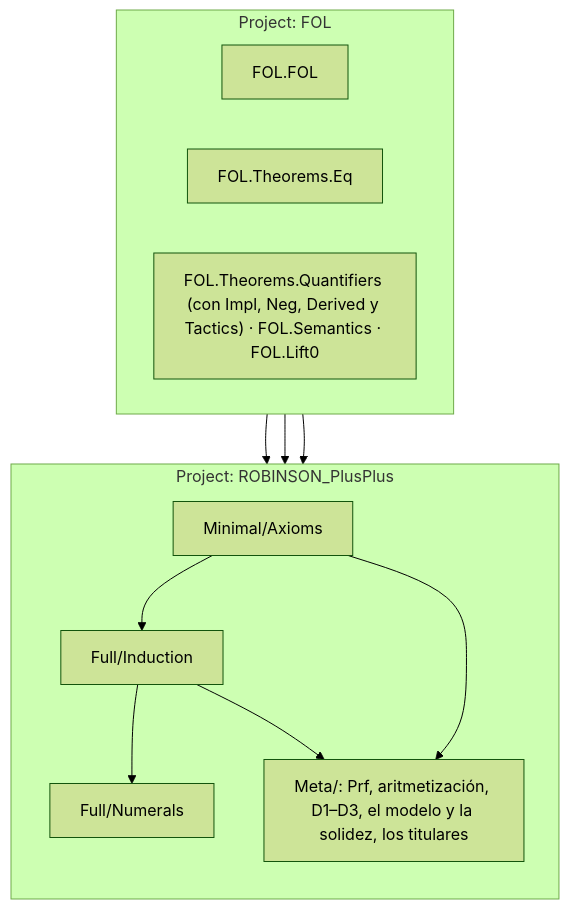
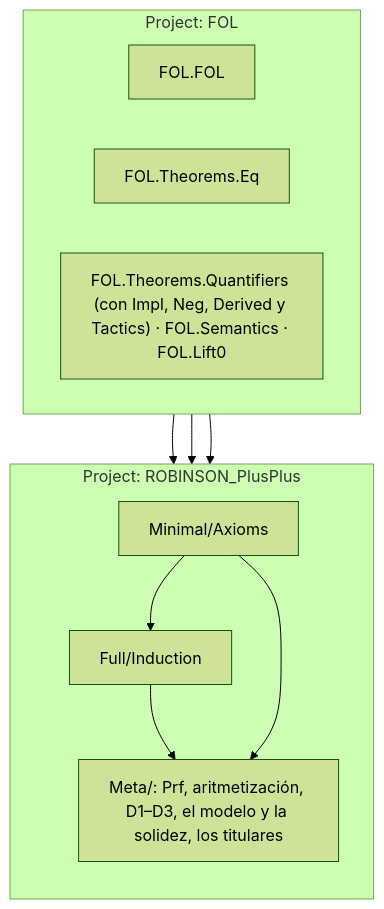
One commit to julian1c2a/ROBINSON_PlusPlus changed the diagram in REFERENCE.md. Above: the diagram before and after it, drawn with Mermaid (forest theme). The commit also changed other lines of this file and 35 other files, not shown here.

````diff
--- a/REFERENCE.md
+++ b/REFERENCE.md
@@ -289,25 +289,23 @@
 ```mermaid
 graph TD
     subgraph FOL ["Project: FOL"]
         direction LR
         FOL_FOL["FOL.FOL"]
         FOL_Eq["FOL.Theorems.Eq"]
         FOL_Th["FOL.Theorems.Quantifiers (con Impl, Neg, Derived y Tactics) · FOL.Semantics · FOL.Lift0"]
     end
 
     subgraph RPP ["Project: ROBINSON_PlusPlus"]
         direction TB
         Axioms["Minimal/Axioms"]
         Induction["Full/Induction"]
-        Numerals["Full/Numerals"]
         Meta["Meta/: Prf, aritmetización, D1–D3, el modelo y la solidez, los titulares"]
     end
 
     FOL_FOL --> Axioms
     FOL_Eq --> Axioms
     Axioms --> Induction
     FOL_Th --> Induction
-    Induction --> Numerals
     Induction --> Meta
     Axioms --> Meta
 ```
````
